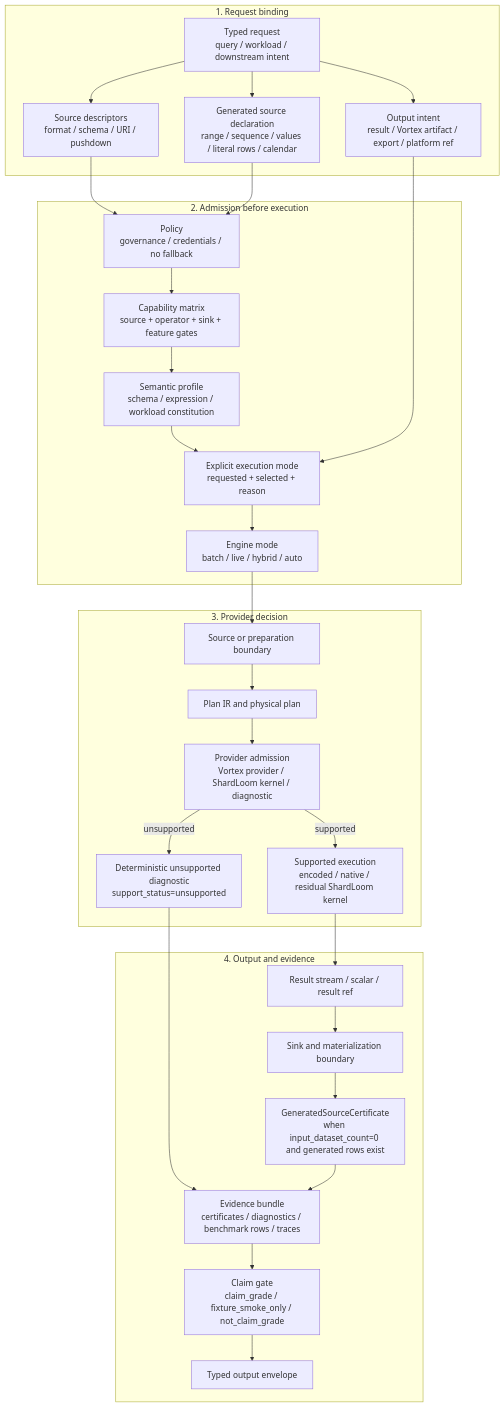
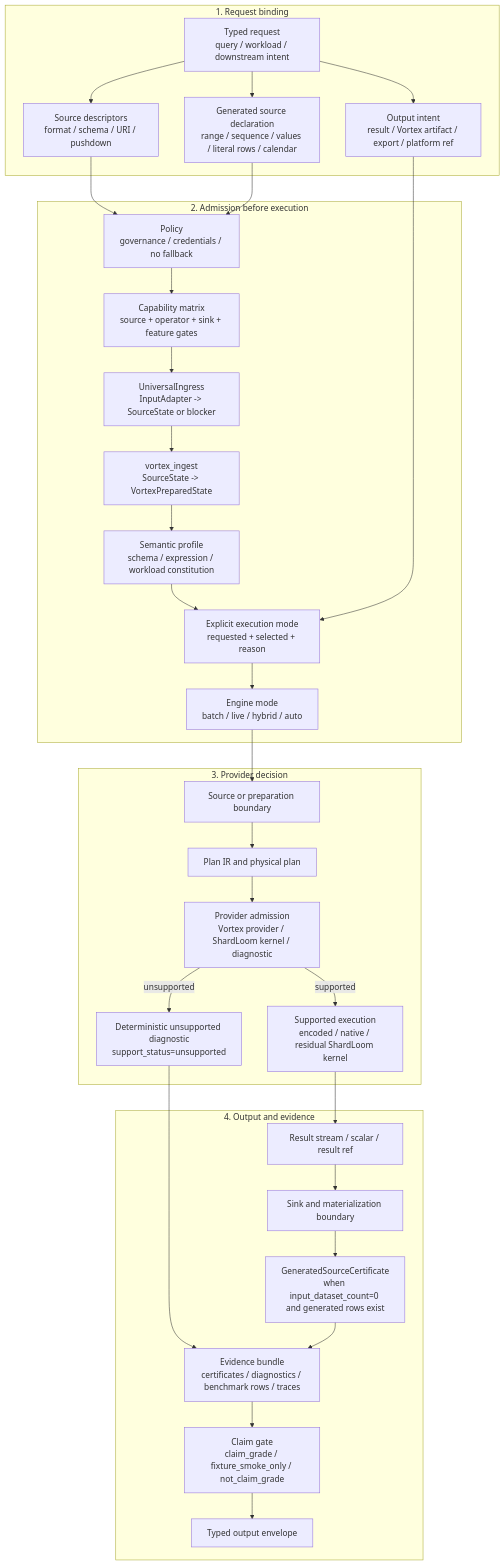
Before and after one commit to depsilon/shardloom: the third of 8 diagrams in website/assets/data/compute-engine-flow-reference.md, drawn with Mermaid. The commit also changed other lines of this file and 39 other files, not shown here.

Commit message:
Clarify UniversalIngress prepared route contract (#812)

````diff
--- a/website/assets/data/compute-engine-flow-reference.md
+++ b/website/assets/data/compute-engine-flow-reference.md
@@ -316,45 +396,47 @@
 ```mermaid
 flowchart TD
     subgraph REQUEST_PHASE["1. Request binding"]
         REQUEST["Typed request<br/>query / workload / downstream intent"]
         SOURCE["Source descriptors<br/>format / schema / URI / pushdown"]
         GENERATED_SOURCE["Generated source declaration<br/>range / sequence / values / literal rows / calendar"]
         OUTPUT_INTENT["Output intent<br/>result / Vortex artifact / export / platform ref"]
     end
 
     subgraph ADMISSION_PHASE["2. Admission before execution"]
         POLICY["Policy<br/>governance / credentials / no fallback"]
         CAPABILITY["Capability matrix<br/>source + operator + sink + feature gates"]
+        INGRESS["UniversalIngress<br/>InputAdapter -> SourceState or blocker"]
+        VORTEX_INGEST["vortex_ingest<br/>SourceState -> VortexPreparedState"]
         SEMANTICS["Semantic profile<br/>schema / expression / workload constitution"]
         MODE["Explicit execution mode<br/>requested + selected + reason"]
         ENGINE["Engine mode<br/>batch / live / hybrid / auto"]
     end
 
     subgraph EXECUTION_PHASE["3. Provider decision"]
         BOUNDARY["Source or preparation boundary"]
         PLAN["Plan IR and physical plan"]
         ADMISSION["Provider admission<br/>Vortex provider / ShardLoom kernel / diagnostic"]
         DIAGNOSTIC["Deterministic unsupported diagnostic<br/>support_status=unsupported"]
         EXECUTE["Supported execution<br/>encoded / native / residual ShardLoom kernel"]
     end
 
     subgraph OUTPUT_PHASE["4. Output and evidence"]
         RESULT["Result stream / scalar / result ref"]
         SINK["Sink and materialization boundary"]
         GENERATED_CERT["GeneratedSourceCertificate<br/>when input_dataset_count=0 and generated rows exist"]
         EVIDENCE["Evidence bundle<br/>certificates / diagnostics / benchmark rows / traces"]
         CLAIM["Claim gate<br/>claim_grade / fixture_smoke_only / not_claim_grade"]
         ENVELOPE["Typed output envelope"]
     end
 
     REQUEST --> SOURCE
     REQUEST --> GENERATED_SOURCE
     REQUEST --> OUTPUT_INTENT
-    SOURCE --> POLICY --> CAPABILITY --> SEMANTICS --> MODE --> ENGINE
+    SOURCE --> POLICY --> CAPABILITY --> INGRESS --> VORTEX_INGEST --> SEMANTICS --> MODE --> ENGINE
     GENERATED_SOURCE --> POLICY
     OUTPUT_INTENT --> MODE
     ENGINE --> BOUNDARY --> PLAN --> ADMISSION
     ADMISSION -->|"unsupported"| DIAGNOSTIC --> EVIDENCE
     ADMISSION -->|"supported"| EXECUTE --> RESULT --> SINK --> GENERATED_CERT --> EVIDENCE
     EVIDENCE --> CLAIM --> ENVELOPE
 ```
````
